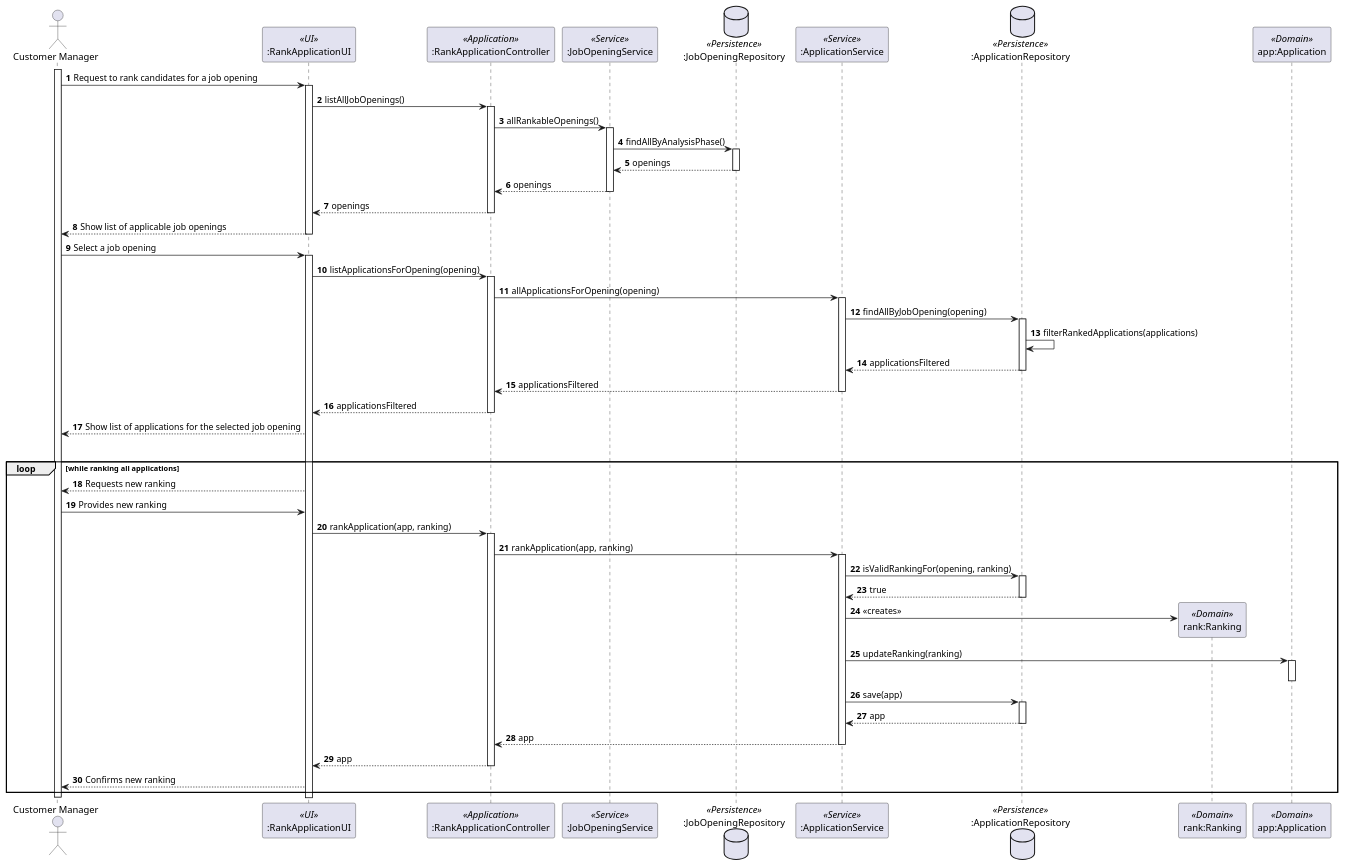
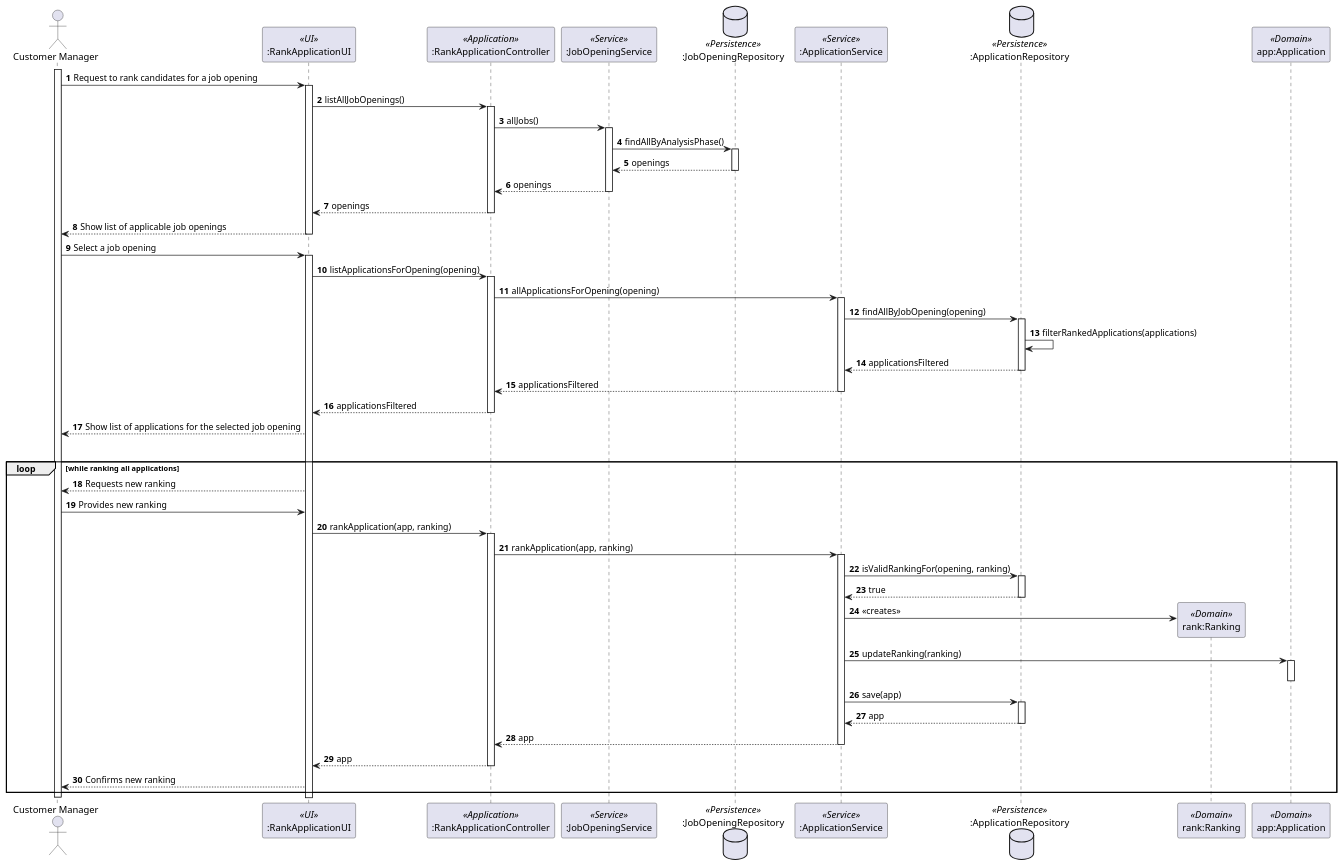
One commit to marcoferreira37/Lapr4 changed the diagram in docs/sprintC/1013/1013-sequence-diagram.puml. Above: the diagram before and after it, drawn with PlantUML. The commit also changed 5 other files, not shown here.

Commit message:
#35 RankApplicationController, RankApplicationUI, ListAllApplicationsForJobOpeningUI and ListAllApplicationsForJobOpeningController updated

```diff
--- a/docs/sprintC/1013/1013-sequence-diagram.puml
+++ b/docs/sprintC/1013/1013-sequence-diagram.puml
@@ -1,99 +1,99 @@
 @startuml
 
 actor "Customer Manager" as Agent
 participant ":RankApplicationUI" as ui <<UI>>
 participant ":RankApplicationController" as ctrl <<Application>>
 participant ":JobOpeningService" as jobServ <<Service>>
 database ":JobOpeningRepository" as jobRepo <<Persistence>>
 participant ":ApplicationService" as appServ <<Service>>
 database ":ApplicationRepository" as appRepo <<Persistence>>
 participant "rank:Ranking" as rank <<Domain>>
 participant "app:Application" as app <<Domain>>
 
 autonumber
 
 activate Agent
 
 Agent -> ui: Request to rank candidates for a job opening
 activate ui
 ui -> ctrl: listAllJobOpenings()
 activate ctrl
-ctrl -> jobServ: allRankableOpenings()
+ctrl -> jobServ: allJobs()
 activate jobServ
 jobServ -> jobRepo: findAllByAnalysisPhase()
 activate jobRepo
 jobRepo --> jobServ: openings
 deactivate
 jobServ --> ctrl: openings
 deactivate
 ctrl --> ui: openings
 deactivate
 ui --> Agent: Show list of applicable job openings
 deactivate
 Agent -> ui : Select a job opening
 activate ui
 
 
 
 ui -> ctrl: listApplicationsForOpening(opening)
 
 activate ctrl
 
 ctrl -> appServ: allApplicationsForOpening(opening)
 
 
 
 
 activate appServ
 appServ -> appRepo: findAllByJobOpening(opening)
 activate appRepo
 appRepo -> appRepo : filterRankedApplications(applications)
 appRepo --> appServ: applicationsFiltered
 deactivate
 
 appServ --> ctrl: applicationsFiltered
 deactivate
 
 ctrl --> ui: applicationsFiltered
 deactivate
 
 ui --> Agent : Show list of applications for the selected job opening
 alt User wants to re-rank an application
 loop while ranking all applications
 
 ui --> Agent : Requests new ranking
 
 Agent -> ui : Provides new ranking
 ui -> ctrl : rankApplication(app, ranking)
 
 activate ctrl
 ctrl -> appServ : rankApplication(app, ranking)
 
 activate appServ
 appServ -> appRepo : isValidRankingFor(opening, ranking)
 activate appRepo
 appRepo --> appServ : true
 deactivate
 appServ -> rank** : «creates»
 appServ -> app : updateRanking(ranking)
 activate app
 deactivate
 
 appServ -> appRepo : save(app)
 activate appRepo
 appRepo --> appServ : app
 deactivate
 appServ --> ctrl : app
 deactivate
 ctrl --> ui : app
 deactivate
 ui --> Agent  : Confirms new ranking
 
 
 end loop
 
 deactivate Agent
 
 
 
 @enduml
```
